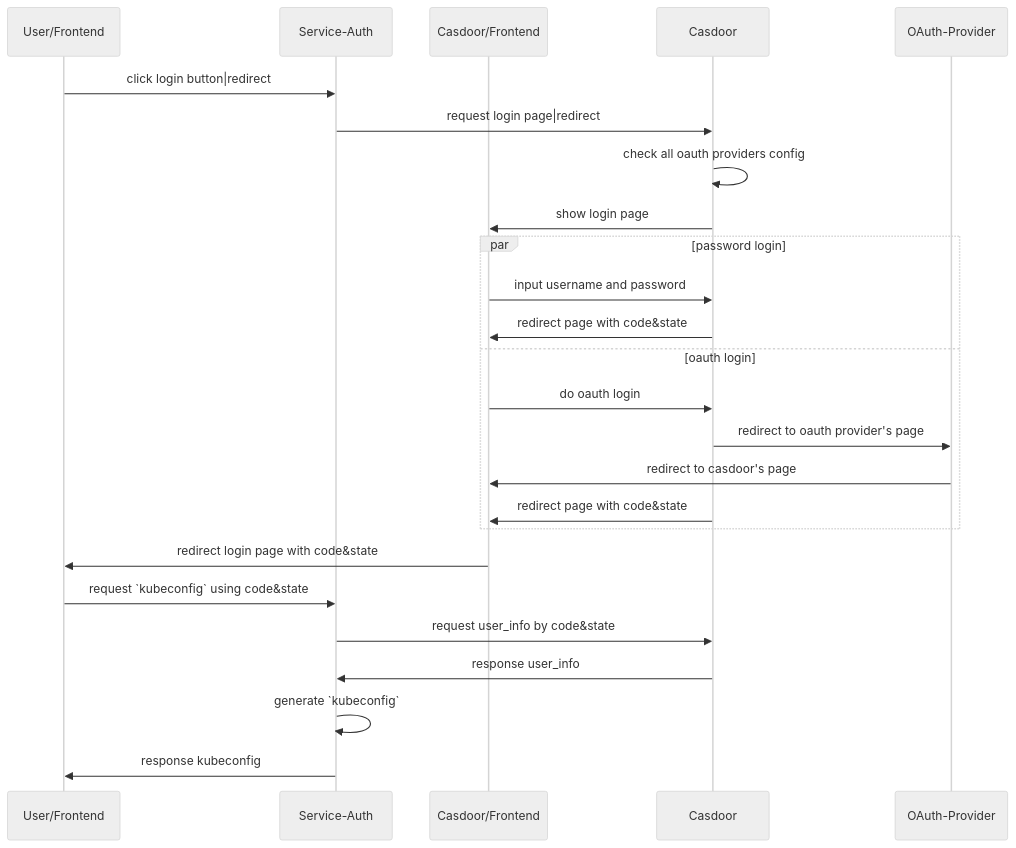
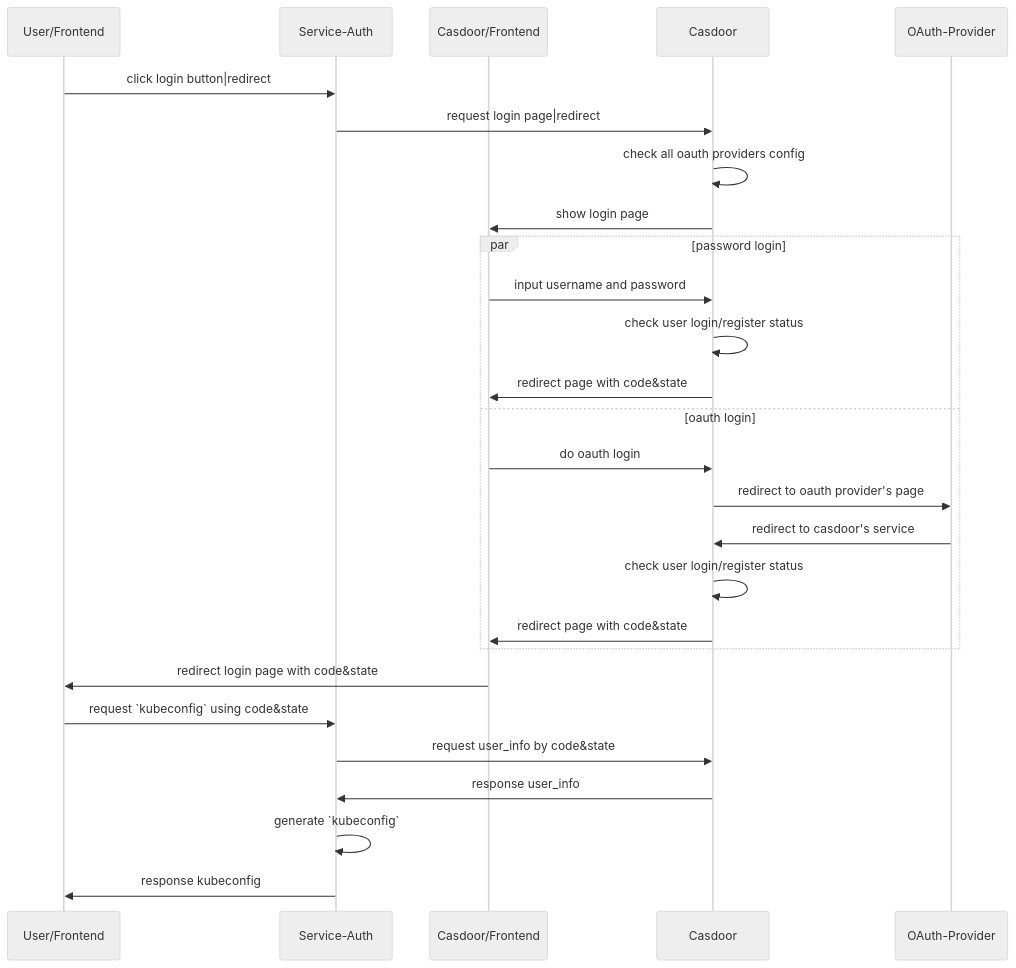
Before and after one commit to labring/sealos: the diagram in service/auth/README.md, drawn with Mermaid (neutral theme). The commit also changed 17 other files, not shown here.

````diff
--- a/service/auth/README.md
+++ b/service/auth/README.md
@@ -34,27 +34,29 @@
 ```mermaid
 sequenceDiagram
     participant uf as User/Frontend
     participant sa as Service-Auth
     participant caf as Casdoor/Frontend
     participant ca as Casdoor
     participant op as OAuth-Provider
     uf->>sa: click login button|redirect
     sa->>ca: request login page|redirect
     ca->>ca: check all oauth providers config
     ca->>caf: show login page
     par password login
         caf->>ca: input username and password
+        ca->>ca: check user login/register status
         ca->>caf: redirect page with code&state
     and oauth login
         caf->>ca: do oauth login
         ca->>op: redirect to oauth provider's page
-        op->>caf: redirect to casdoor's page
+        op->>ca: redirect to casdoor's service
+        ca->>ca: check user login/register status
         ca->>caf: redirect page with code&state
     end
     caf->>uf: redirect login page with code&state
     uf->>sa: request `kubeconfig` using code&state
     sa->>ca: request user_info by code&state
     ca->>sa: response user_info
     sa->>sa: generate `kubeconfig`
     sa->>uf: response kubeconfig
 ```
````
